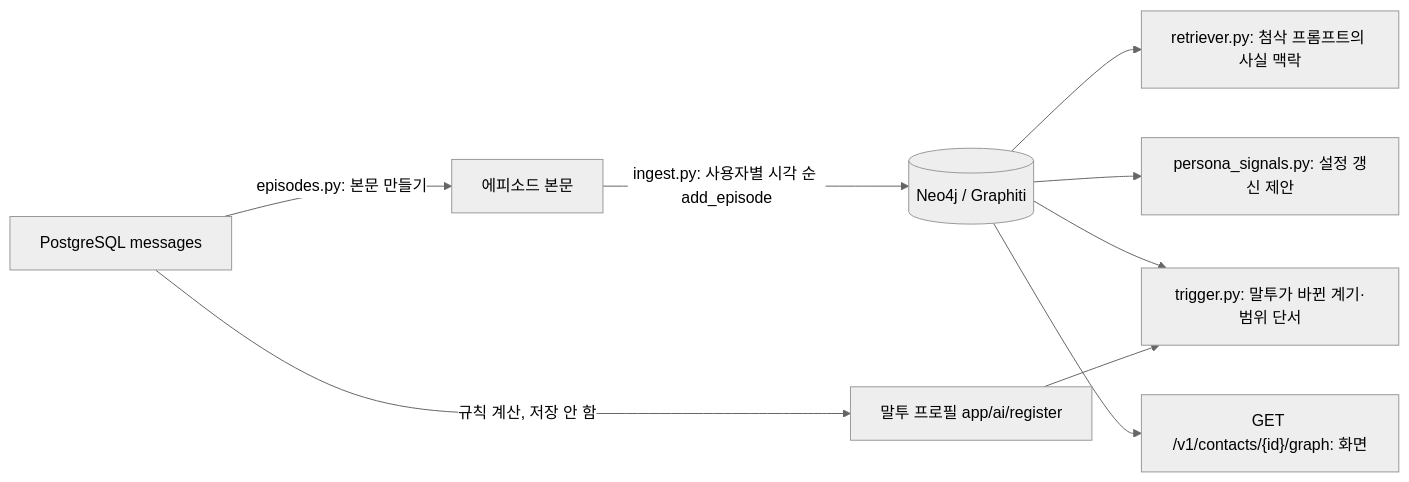
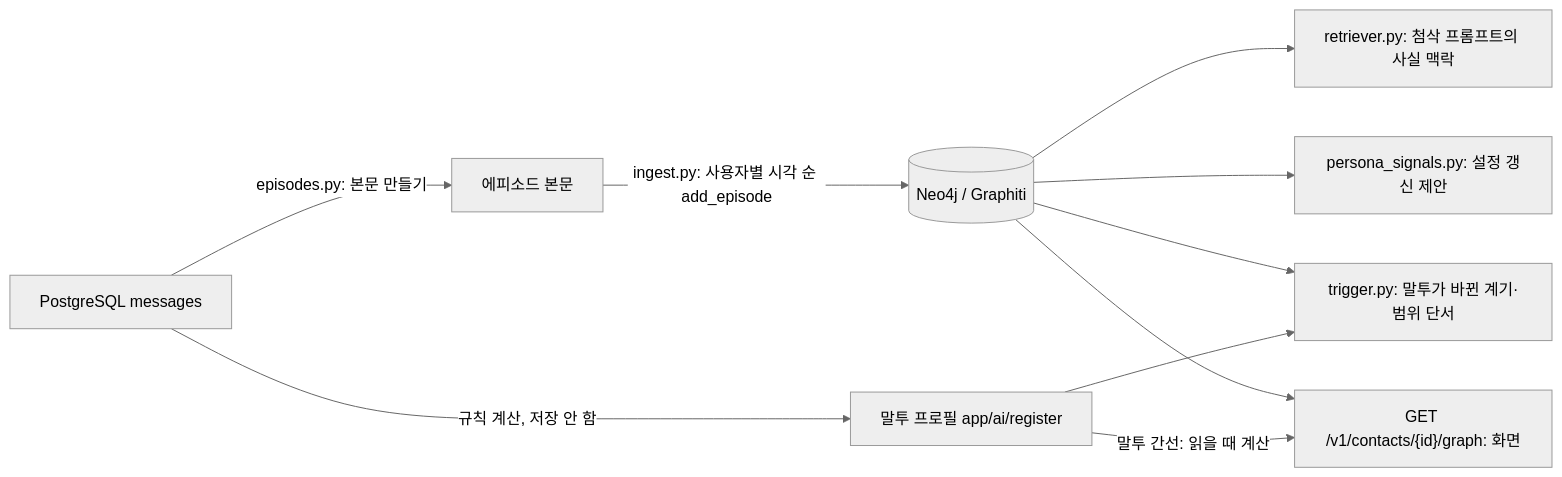
The diagram in docs/knowledge-graph.md (SkyWith628/persona-ize), drawn with Mermaid (neutral theme) before and after one commit. The commit also changed other lines of this file, not shown here.

First line of the commit message:
docs(graph): 지식그래프 문서를 지금 코드와 재수집 실측에 맞춘다

````diff
--- a/docs/knowledge-graph.md
+++ b/docs/knowledge-graph.md
@@ -13,11 +13,12 @@
 ```mermaid
 flowchart LR
   M[PostgreSQL messages] -->|episodes.py: 본문 만들기| E[에피소드 본문]
   E -->|ingest.py: 사용자별 시각 순 add_episode| G[(Neo4j / Graphiti)]
   G --> R[retriever.py: 첨삭 프롬프트의 사실 맥락]
   G --> P[persona_signals.py: 설정 갱신 제안]
   G --> T[trigger.py: 말투가 바뀐 계기·범위 단서]
   G --> V["GET /v1/contacts/{id}/graph: 화면"]
   M -->|규칙 계산, 저장 안 함| S[말투 프로필 app/ai/register]
   S --> T
+  S -->|말투 간선: 읽을 때 계산| V
 ```
````
